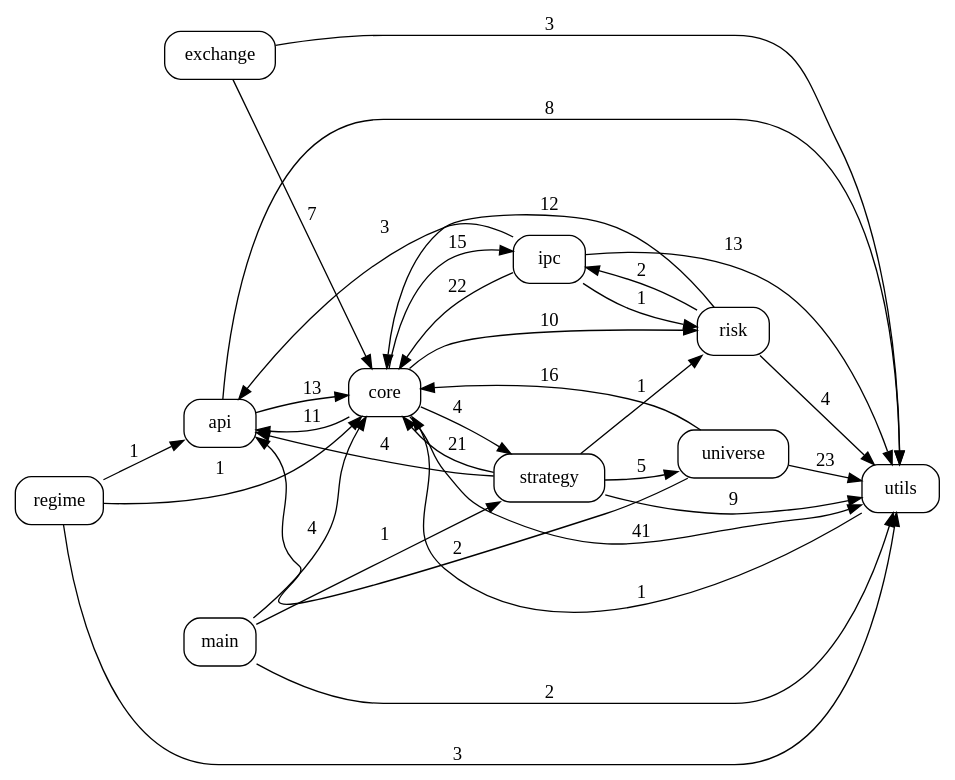
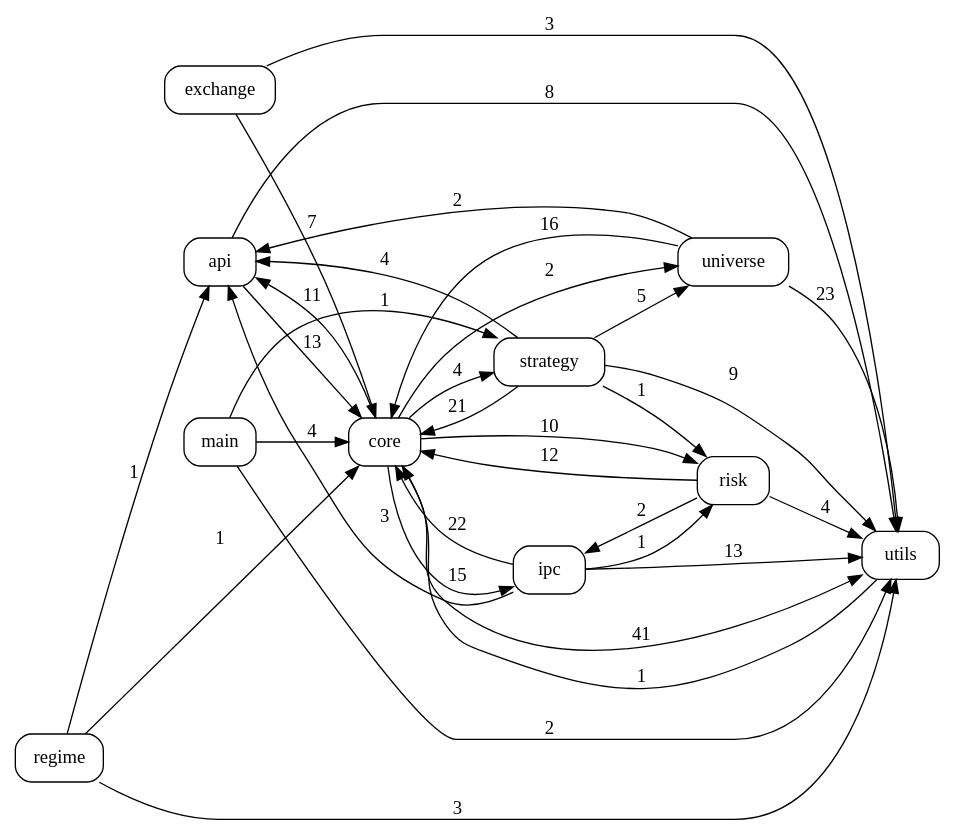
Before and after one commit to pypy8171/Quant: the diagram in docs/code_graph.dot, drawn with Graphviz. The commit also changed 32 other files, not shown here.

```diff
--- a/docs/code_graph.dot
+++ b/docs/code_graph.dot
@@ -1,45 +1,46 @@
 digraph code_graph {
   rankdir=LR;
   node [shape=box, style=rounded, fontname="Consolas"];
   "api";
   "core";
   "exchange";
   "ipc";
   "main";
   "regime";
   "risk";
   "strategy";
   "universe";
   "utils";
   "api" -> "core" [label="13"];
   "api" -> "utils" [label="8"];
   "core" -> "api" [label="11"];
   "core" -> "ipc" [label="15"];
   "core" -> "risk" [label="10"];
   "core" -> "strategy" [label="4"];
+  "core" -> "universe" [label="2"];
   "core" -> "utils" [label="41"];
   "exchange" -> "core" [label="7"];
   "exchange" -> "utils" [label="3"];
   "ipc" -> "api" [label="3"];
   "ipc" -> "core" [label="22"];
   "ipc" -> "risk" [label="1"];
   "ipc" -> "utils" [label="13"];
   "main" -> "core" [label="4"];
   "main" -> "strategy" [label="1"];
   "main" -> "utils" [label="2"];
   "regime" -> "api" [label="1"];
   "regime" -> "core" [label="1"];
   "regime" -> "utils" [label="3"];
   "risk" -> "core" [label="12"];
   "risk" -> "ipc" [label="2"];
   "risk" -> "utils" [label="4"];
   "strategy" -> "api" [label="4"];
   "strategy" -> "core" [label="21"];
   "strategy" -> "risk" [label="1"];
   "strategy" -> "universe" [label="5"];
   "strategy" -> "utils" [label="9"];
   "universe" -> "api" [label="2"];
   "universe" -> "core" [label="16"];
   "universe" -> "utils" [label="23"];
   "utils" -> "core" [label="1"];
 }
```
